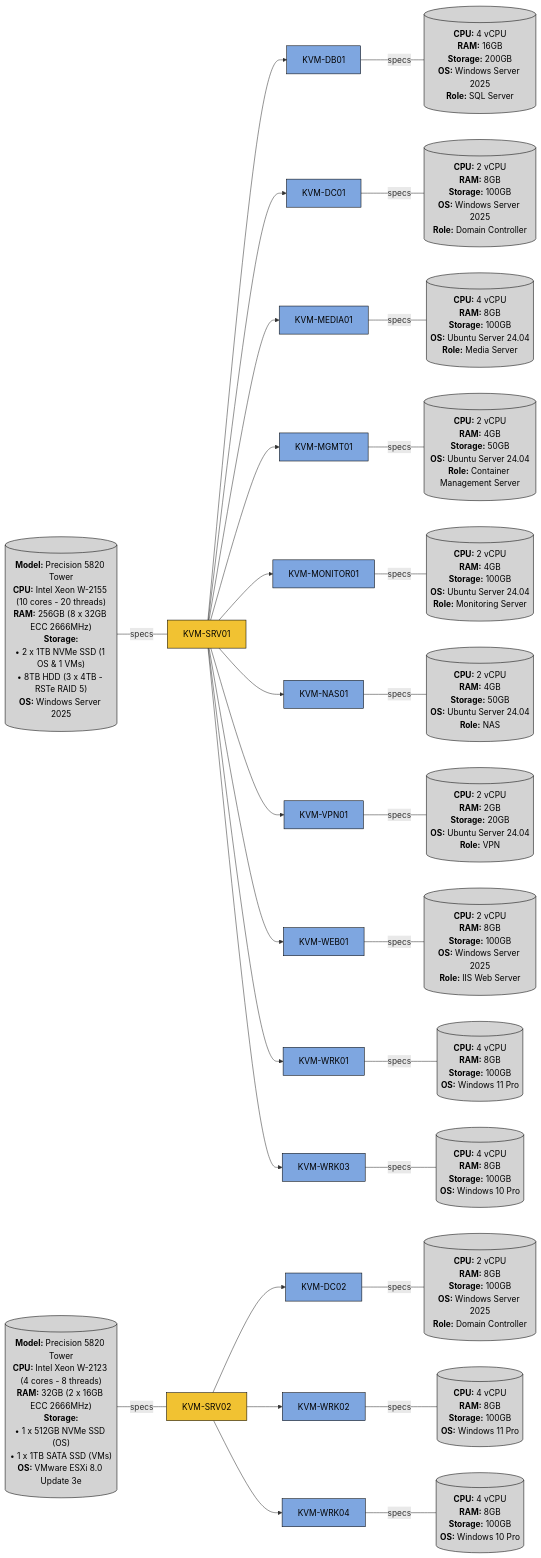
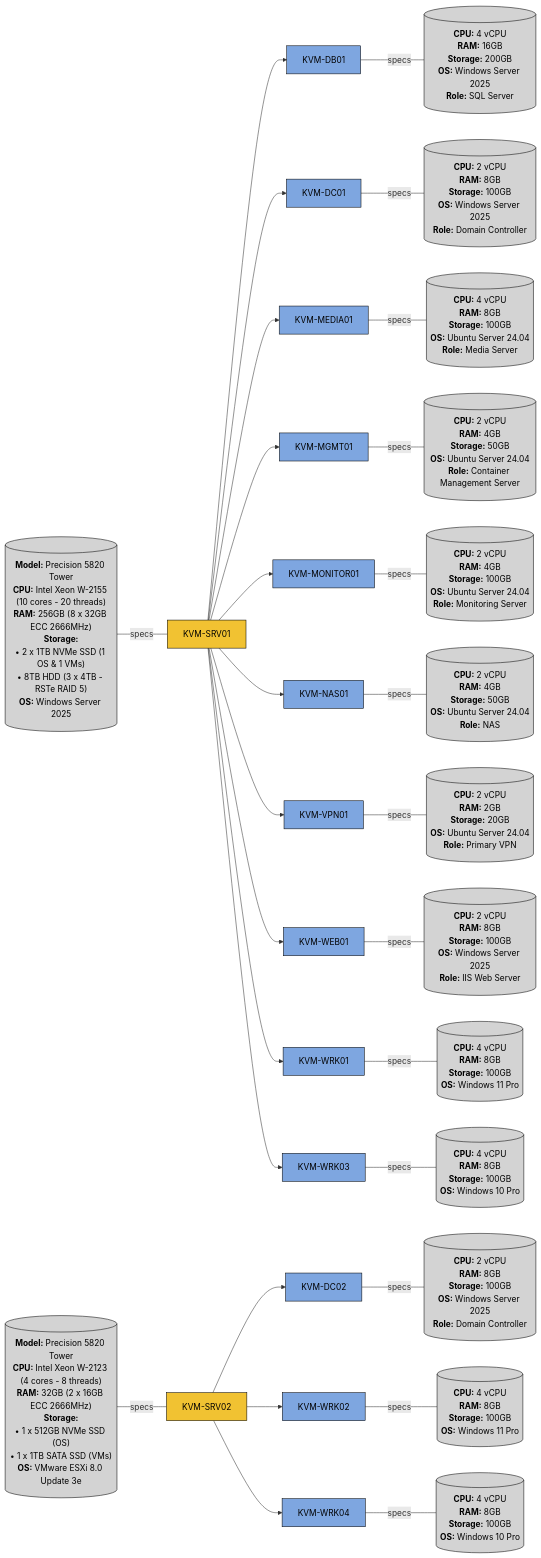
Before and after one commit to khangvum/homelab-ansible-config: the diagram in README.md, drawn with Mermaid. The commit also changed other lines of this file, not shown here.

Commit message:
chore: added motion_deployment role to Services section

````diff
--- a/README.md
+++ b/README.md
@@ -34,31 +34,31 @@
                                                         **Storage:** 100GB
                                                         **OS:** Windows Server 2025
                                                         **Role:** Domain Controller`")]
-    SRV01 --> MEDIA[KVM-MEDIA01] -- specs --- MEDIA_SPECS[("`**CPU:** 4 vCPU
-                                                        **RAM:** 8GB
-                                                        **Storage:** 100GB 
-                                                        **OS:** Ubuntu Server 24.04
-                                                        **Role:** Media Server`")]
-    SRV01 --> MGMT[KVM-MGMT01] -- specs --- MGMT_SPECS[("`**CPU:** 2 vCPU
+    SRV01 --> MEDIA01[KVM-MEDIA01] -- specs --- MEDIA01_SPECS[("`**CPU:** 4 vCPU
+                                                            **RAM:** 8GB
+                                                            **Storage:** 100GB 
+                                                            **OS:** Ubuntu Server 24.04
+                                                            **Role:** Media Server`")]
+    SRV01 --> MGMT01[KVM-MGMT01] -- specs --- MGMT01_SPECS[("`**CPU:** 2 vCPU
+                                                            **RAM:** 4GB
+                                                            **Storage:** 50GB
+                                                            **OS:** Ubuntu Server 24.04
+                                                            **Role:** Container Management Server`")]
+    SRV01 --> MONITOR01[KVM-MONITOR01] -- specs --- MONITOR01_SPECS[("`**CPU:** 2 vCPU
+                                                                    **RAM:** 4GB
+                                                                    **Storage:** 100GB
+                                                                    **OS:** Ubuntu Server 24.04
+                                                                    **Role:** Monitoring Server`")]
+    SRV01 --> NAS01[KVM-NAS01] -- specs --- NAS01_SPECS[("`**CPU:** 2 vCPU
                                                         **RAM:** 4GB
                                                         **Storage:** 50GB
                                                         **OS:** Ubuntu Server 24.04
-                                                        **Role:** Container Management Server`")]
-    SRV01 --> MONITOR[KVM-MONITOR01] -- specs --- MONITOR_SPECS[("`**CPU:** 2 vCPU
-                                                                **RAM:** 4GB
-                                                                **Storage:** 100GB
-                                                                **OS:** Ubuntu Server 24.04
-                                                                **Role:** Monitoring Server`")]
-    SRV01 --> NAS[KVM-NAS01] -- specs --- NAS_SPECS[("`**CPU:** 2 vCPU
-                                                    **RAM:** 4GB
-                                                    **Storage:** 50GB
-                                                    **OS:** Ubuntu Server 24.04
-                                                    **Role:** NAS`")]        
-    SRV01 --> VPN[KVM-VPN01] -- specs --- VPN_SPECS[("`**CPU:** 2 vCPU
-                                                    **RAM:** 2GB
-                                                    **Storage:** 20GB
-                                                    **OS:** Ubuntu Server 24.04
-                                                    **Role:** VPN`")]
+                                                        **Role:** NAS`")]        
+    SRV01 --> VPN01[KVM-VPN01] -- specs --- VPN01_SPECS[("`**CPU:** 2 vCPU
+                                                        **RAM:** 2GB
+                                                        **Storage:** 20GB
+                                                        **OS:** Ubuntu Server 24.04
+                                                        **Role:** Primary VPN`")]
     SRV01 --> WEB01[KVM-WEB01] -- specs --- WEB01_SPECS[("`**CPU:** 2 vCPU
                                                             **RAM:** 8GB
                                                             **Storage:** 100GB
@@ -103,8 +103,8 @@
     %% Styling
     class SRV01,SRV02 hosts
     classDef hosts fill:#f1c232,stroke:#000,color:#000
-    class DB01,DC01,DC02,MEDIA,MGMT,MONITOR,NAS,VPN,WEB01,WRK01,WRK02,WRK03,WRK04 vms
+    class DB01,DC01,DC02,MEDIA01,MGMT01,MONITOR01,NAS01,VPN01,VPN02,WEB01,WRK01,WRK02,WRK03,WRK04 vms
     classDef vms fill:#7ea6e0,stroke:#000,color:#000
-    class SRV01_SPECS,SRV02_SPECS,DB01_SPECS,DC01_SPECS,DC02_SPECS,MEDIA_SPECS,MGMT_SPECS,MONITOR_SPECS,NAS_SPECS,VPN_SPECS,WEB01_SPECS,WRK01_SPECS,WRK02_SPECS,WRK03_SPECS,WRK04_SPECS specs
+    class SRV01_SPECS,SRV02_SPECS,DB01_SPECS,DC01_SPECS,DC02_SPECS,MEDIA01_SPECS,MGMT01_SPECS,MONITOR01_SPECS,NAS01_SPECS,VPN01_SPECS,VPN02_SPECS,WEB01_SPECS,WRK01_SPECS,WRK02_SPECS,WRK03_SPECS,WRK04_SPECS specs
     classDef specs fill:#d3d3d3,stroke:#000,color:#000
 ```
````
